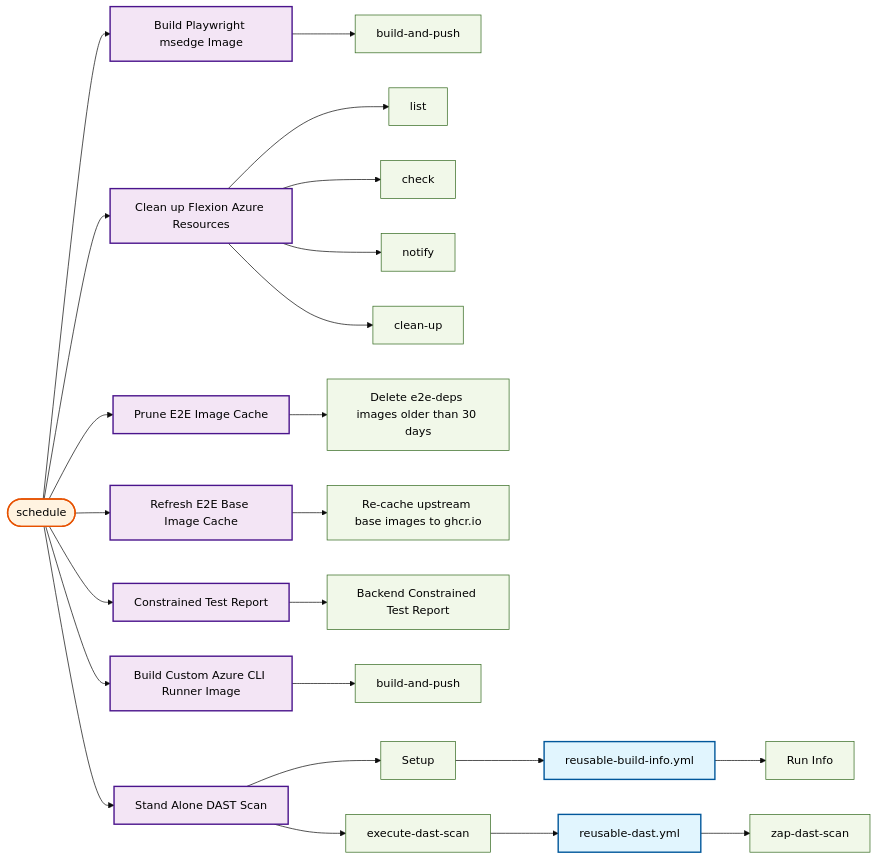
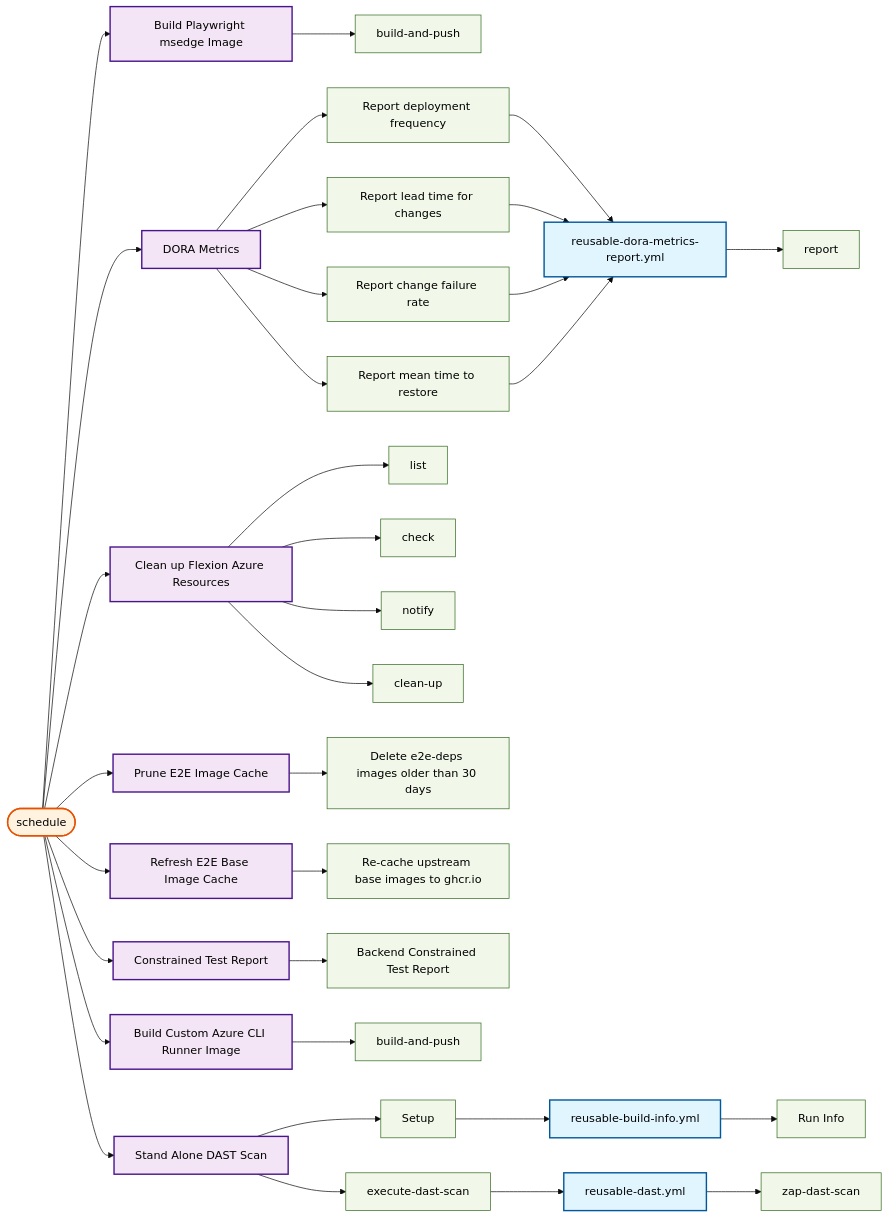
Before and after one commit to US-Trustee-Program/Bankruptcy-Oversight-Support-Systems: the ninth of 27 diagrams in docs/operations/workflow-diagram.md, drawn with Mermaid (base theme). The commit also changed other lines of this file and 1 other file, not shown here.

```diff
--- a/docs/operations/workflow-diagram.md
+++ b/docs/operations/workflow-diagram.md
@@ -489,6 +490,13 @@
     trigger_schedule(["schedule"])
     build_playwright_msedge_image_yml["Build Playwright msedge Image"]
     build_playwright_msedge_image_yml_build_and_push["build-and-push"]
+    dora_metrics_yml["DORA Metrics"]
+    dora_metrics_yml_deployment_frequency["Report deployment frequency"]
+    reusable_dora_metrics_report_yml["reusable-dora-metrics-report.yml"]
+    reusable_dora_metrics_report_yml_report["report"]
+    dora_metrics_yml_lead_time["Report lead time for changes"]
+    dora_metrics_yml_change_failure_rate["Report change failure rate"]
+    dora_metrics_yml_mttr["Report mean time to restore"]
     azure_remove_branch_yml["Clean up Flexion Azure Resources"]
     azure_remove_branch_yml_list["list"]
     azure_remove_branch_yml_check["check"]
@@ -512,6 +520,16 @@
 
     trigger_schedule --> build_playwright_msedge_image_yml
     build_playwright_msedge_image_yml --> build_playwright_msedge_image_yml_build_and_push
+    trigger_schedule --> dora_metrics_yml
+    dora_metrics_yml --> dora_metrics_yml_deployment_frequency
+    reusable_dora_metrics_report_yml --> reusable_dora_metrics_report_yml_report
+    dora_metrics_yml_deployment_frequency --> reusable_dora_metrics_report_yml
+    dora_metrics_yml --> dora_metrics_yml_lead_time
+    dora_metrics_yml_lead_time --> reusable_dora_metrics_report_yml
+    dora_metrics_yml --> dora_metrics_yml_change_failure_rate
+    dora_metrics_yml_change_failure_rate --> reusable_dora_metrics_report_yml
+    dora_metrics_yml --> dora_metrics_yml_mttr
+    dora_metrics_yml_mttr --> reusable_dora_metrics_report_yml
     trigger_schedule --> azure_remove_branch_yml
     azure_remove_branch_yml --> azure_remove_branch_yml_list
     azure_remove_branch_yml --> azure_remove_branch_yml_check
@@ -541,6 +559,13 @@
     class trigger_schedule trigger
     class build_playwright_msedge_image_yml mainWorkflow
     class build_playwright_msedge_image_yml_build_and_push job
+    class dora_metrics_yml mainWorkflow
+    class dora_metrics_yml_deployment_frequency job
+    class reusable_dora_metrics_report_yml reusable
+    class reusable_dora_metrics_report_yml_report job
+    class dora_metrics_yml_lead_time job
+    class dora_metrics_yml_change_failure_rate job
+    class dora_metrics_yml_mttr job
     class azure_remove_branch_yml mainWorkflow
     class azure_remove_branch_yml_list job
     class azure_remove_branch_yml_check job
```
